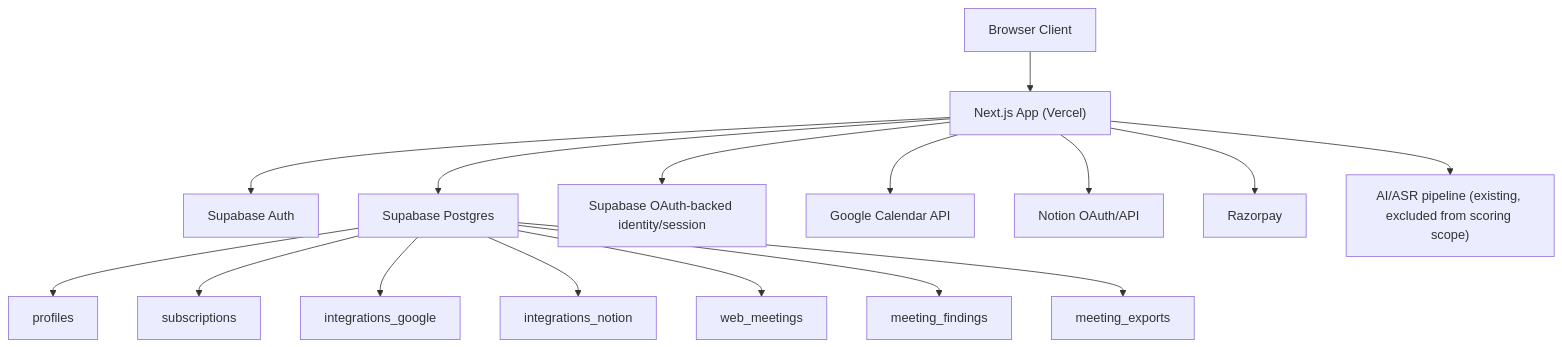
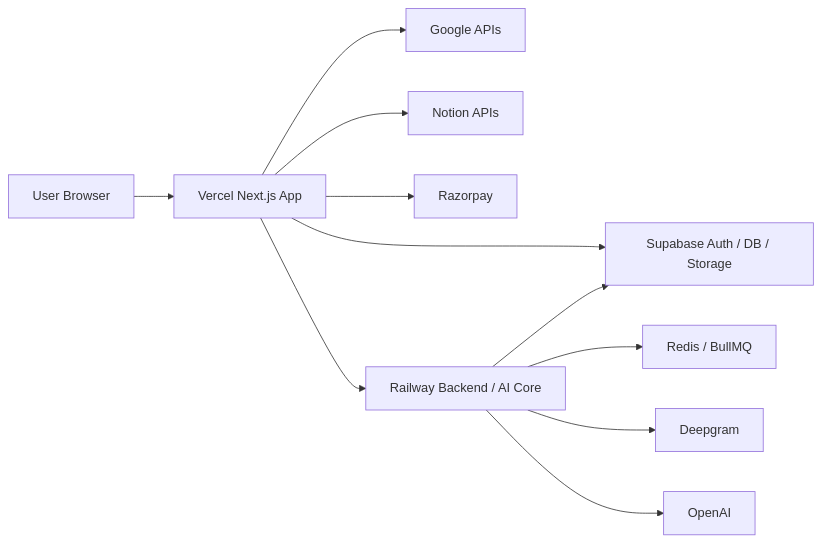
One commit to krishna0605/NextStop.AI-Web changed the first of 12 diagrams in docs/production-readiness-report.md. Above: the diagram before and after it, drawn with Mermaid. The commit also changed other lines of this file and 120 other files, not shown here.

Commit message:
feat(web): harden durable meeting flows, ops readiness, and local auth

````diff
--- a/docs/production-readiness-report.md
+++ b/docs/production-readiness-report.md
@@ -68,19 +79,13 @@
 ```mermaid
-flowchart TD
-  A["Browser Client"] --> B["Next.js App (Vercel)"]
-  B --> C["Supabase Auth"]
-  B --> D["Supabase Postgres"]
-  B --> E["Supabase OAuth-backed identity/session"]
-  B --> F["Google Calendar API"]
-  B --> G["Notion OAuth/API"]
-  B --> H["Razorpay"]
-  B --> I["AI/ASR pipeline (existing, excluded from scoring scope)"]
-
-  D --> D1["profiles"]
-  D --> D2["subscriptions"]
-  D --> D3["integrations_google"]
-  D --> D4["integrations_notion"]
-  D --> D5["web_meetings"]
-  D --> D6["meeting_findings"]
-  D --> D7["meeting_exports"]
+flowchart LR
+    U["User Browser"] --> V["Vercel Next.js App"]
+    V --> S["Supabase Auth / DB / Storage"]
+    V --> G["Google APIs"]
+    V --> N["Notion APIs"]
+    V --> P["Razorpay"]
+    V --> R["Railway Backend / AI Core"]
+    R --> Q["Redis / BullMQ"]
+    R --> S
+    R --> D["Deepgram"]
+    R --> O["OpenAI"]
 ```
````
